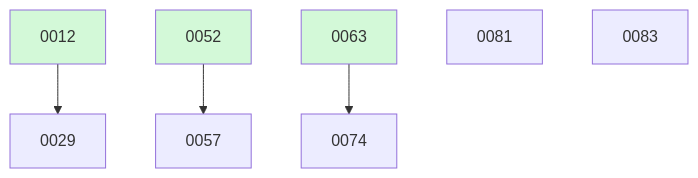
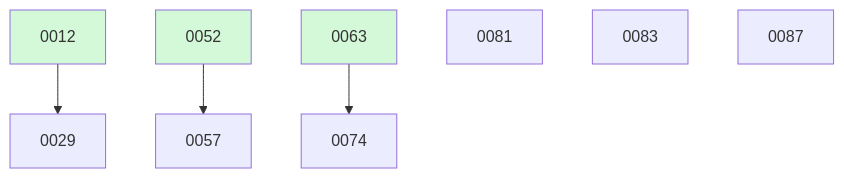
Before and after one commit to ethanhinson/fuse: the diagram in docs/changes/BOARD.md, drawn with Mermaid. The commit also changed other lines of this file and 1 other file, not shown here.

````diff
--- a/docs/changes/BOARD.md
+++ b/docs/changes/BOARD.md
@@ -25,12 +26,13 @@
 ```mermaid
 graph TD
   0012 --> 0029
   0052 --> 0057
   0063 --> 0074
   0081
   0083
+  0087
   0012:::done
   0052:::done
   0063:::done
   classDef done fill:#d3f9d8;
 ```
````
